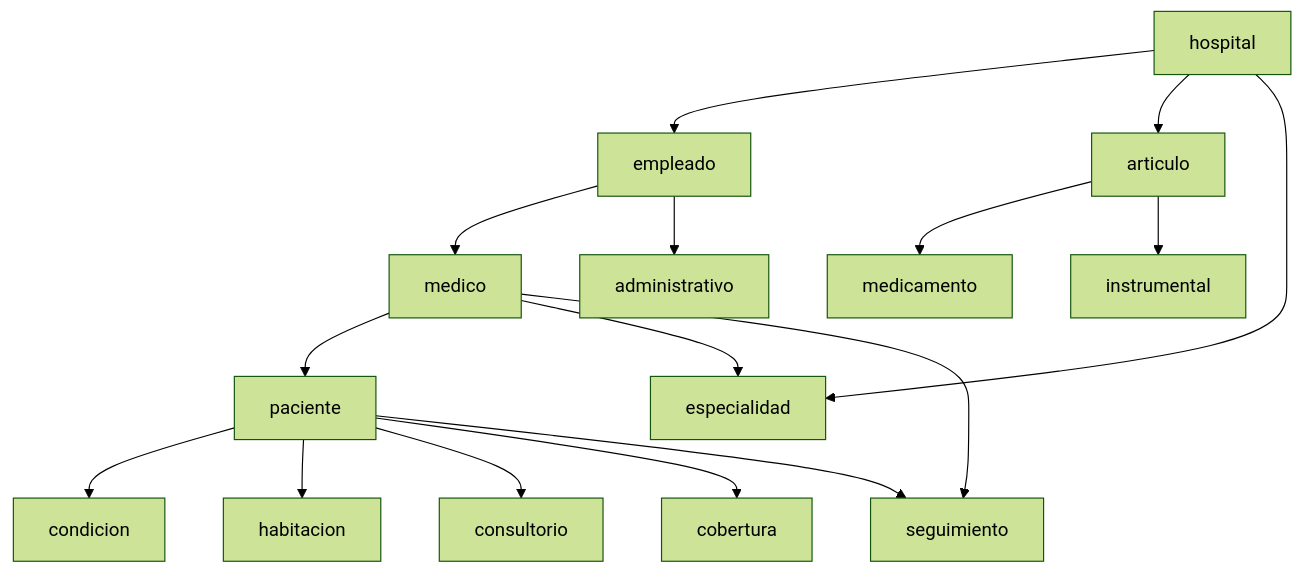
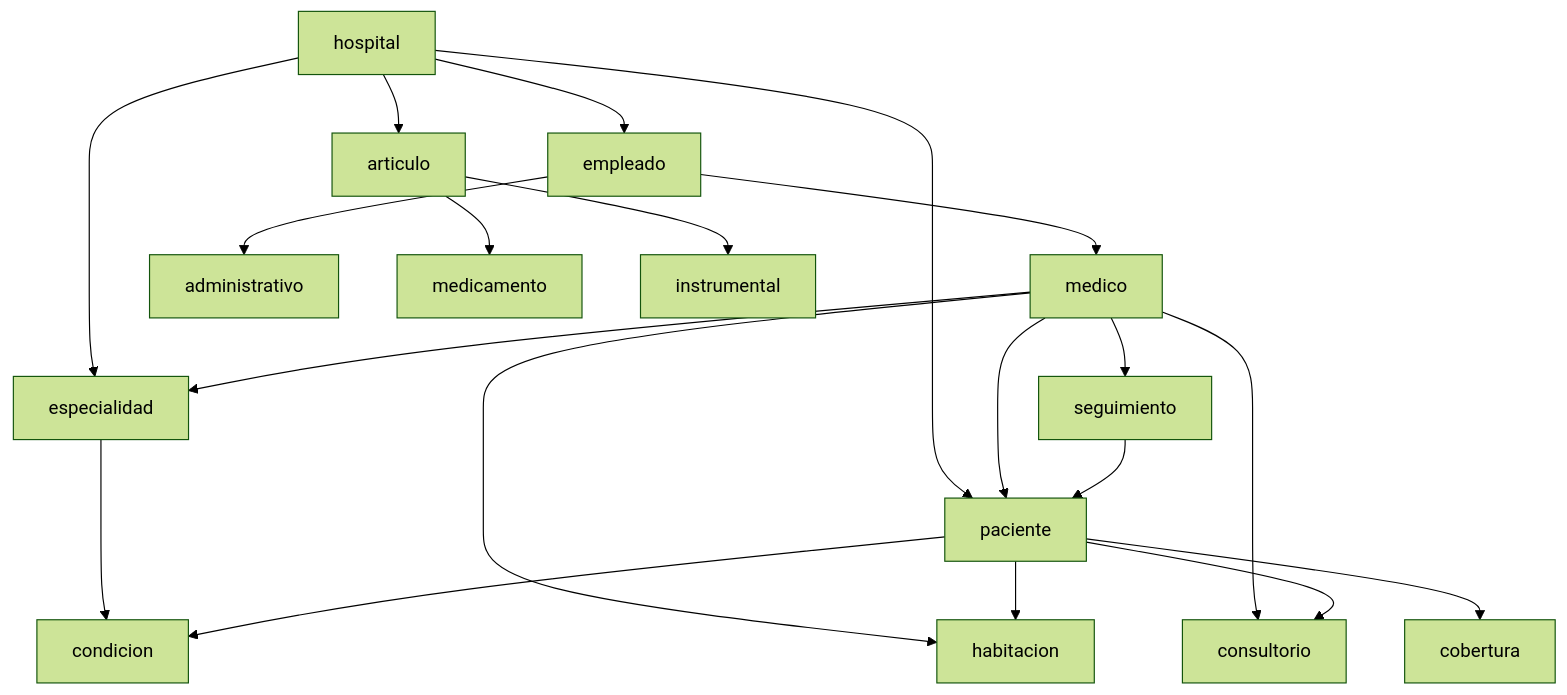
The diagram in hospital.md (C215714N/EducacionIT), drawn with Mermaid (forest theme) before and after one commit.

Commit message:
actualizacion diagrama hospital

````diff
--- a/hospital.md
+++ b/hospital.md
@@ -3,18 +3,22 @@
 ```mermaid
 graph TD;
 hospital-->empleado;
 hospital-->articulo;
 hospital-->especialidad;
+hospital-->paciente
 empleado-->medico;
 empleado-->administrativo;
+medico-->seguimiento;
 medico-->paciente;
 medico-->especialidad;
-medico-->seguimiento
+medico-->consultorio;
+medico-->habitacion;
+especialidad-->condicion;
+seguimiento-->paciente;
 paciente-->condicion;
 paciente-->habitacion;
 paciente-->consultorio;
 paciente-->cobertura;
-paciente-->seguimiento
 articulo-->medicamento;
 articulo-->instrumental;
 ```
````
